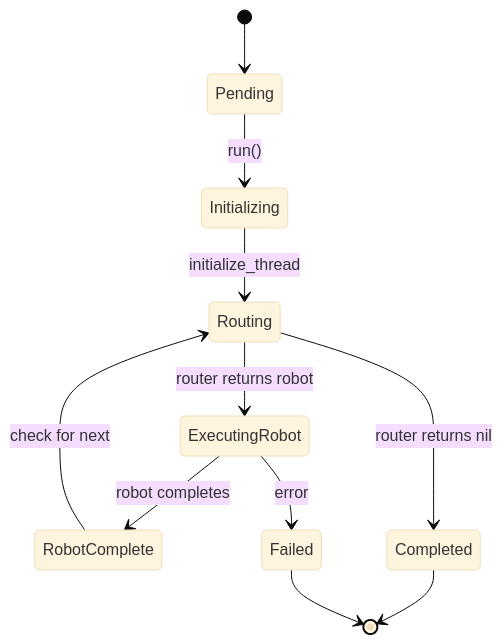
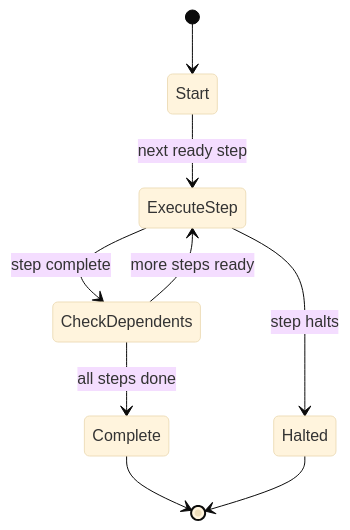
One commit to MadBomber/robot_lab changed the diagram in docs/architecture/network-orchestration.md. Above: the diagram before and after it, drawn with Mermaid (base theme). The commit also changed other lines of this file and 17 other files, not shown here.

````diff
--- a/docs/architecture/network-orchestration.md
+++ b/docs/architecture/network-orchestration.md
@@ -39,14 +23,11 @@
 ```mermaid
 stateDiagram-v2
-    [*] --> Pending
-    Pending --> Initializing: run()
-    Initializing --> Routing: initialize_thread
-    Routing --> ExecutingRobot: router returns robot
-    ExecutingRobot --> RobotComplete: robot completes
-    RobotComplete --> Routing: check for next
-    Routing --> Completed: router returns nil
-    Completed --> [*]
-
-    ExecutingRobot --> Failed: error
-    Failed --> [*]
+    [*] --> Start
+    Start --> ExecuteStep: next ready step
+    ExecuteStep --> CheckDependents: step complete
+    CheckDependents --> ExecuteStep: more steps ready
+    CheckDependents --> Complete: all steps done
+    ExecuteStep --> Halted: step halts
+    Complete --> [*]
+    Halted --> [*]
 ```
````
